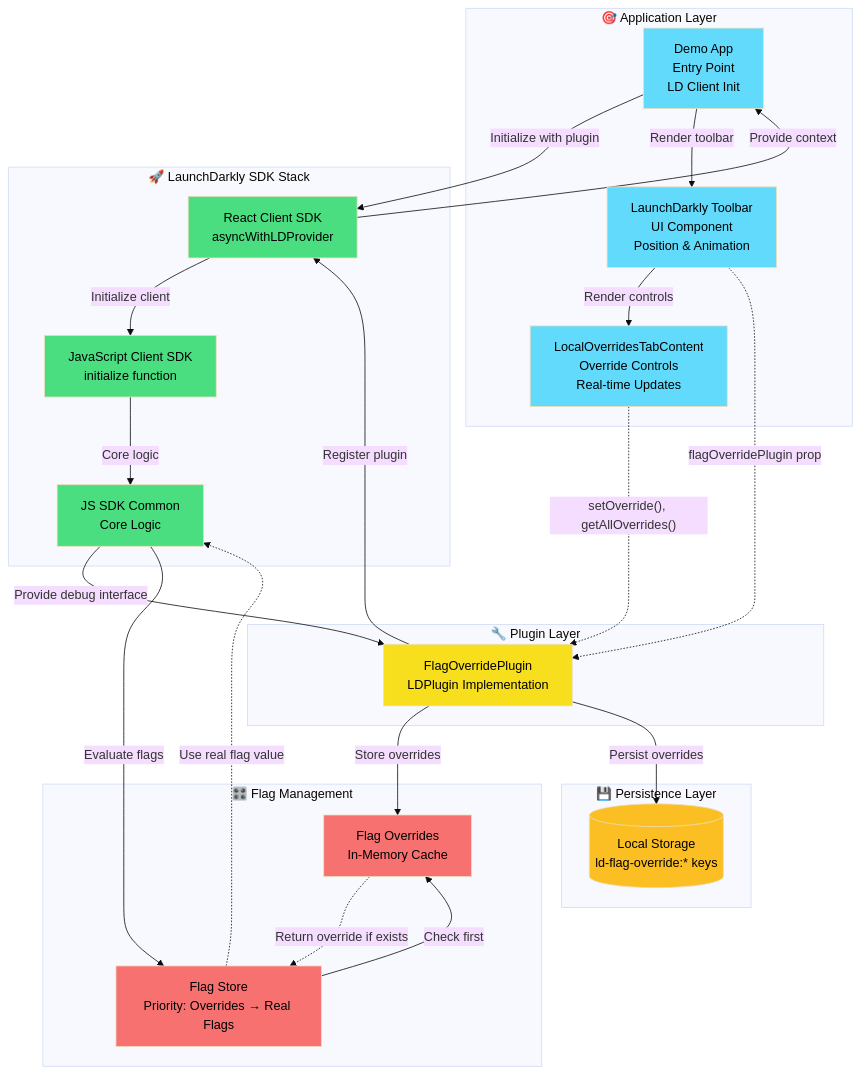
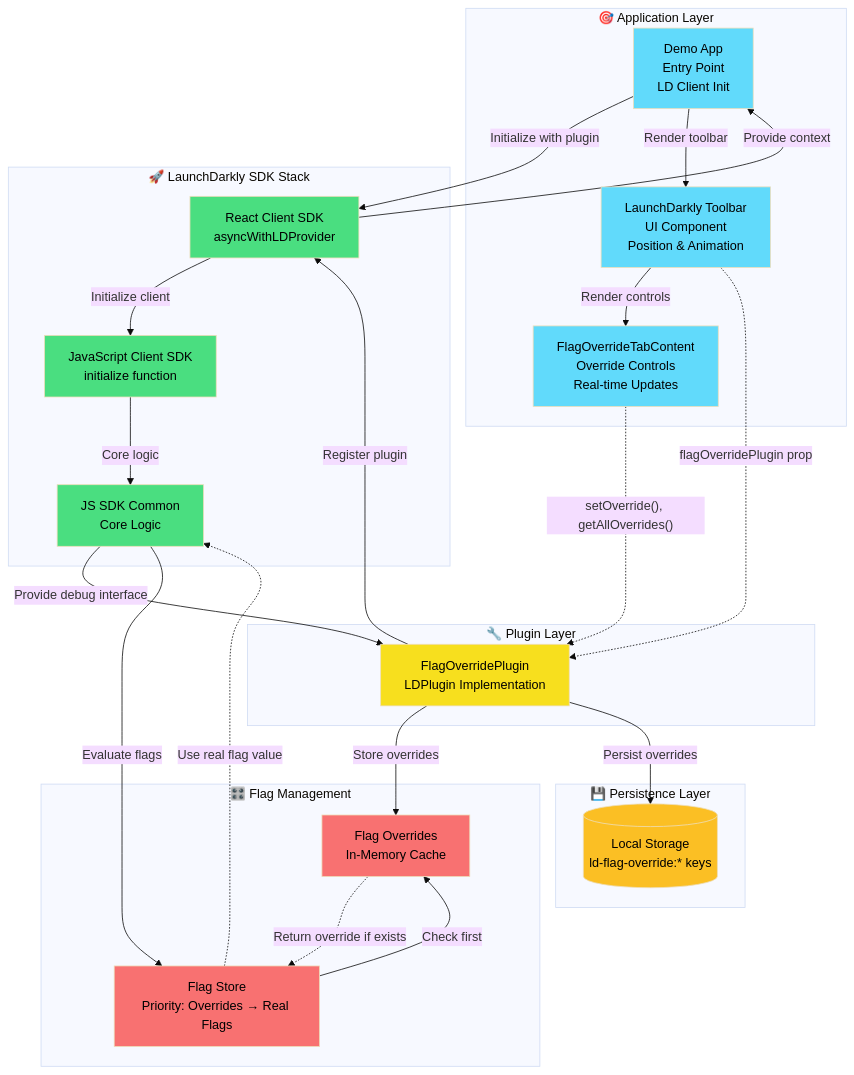
One commit to launchdarkly/launchdarkly-toolbar changed the diagram in docs/plugin-architecture.mermaid. Above: the diagram before and after it, drawn with Mermaid (base theme). The commit also changed 7 other files, not shown here.

Commit message:
Update flag override terminology in codebase

```diff
--- a/docs/plugin-architecture.mermaid
+++ b/docs/plugin-architecture.mermaid
@@ -1,73 +1,73 @@
 graph TB
     %% Main Components
     subgraph "🎯 Application Layer"
         App[Demo App<br/>Entry Point<br/>LD Client Init]
         Toolbar[LaunchDarkly Toolbar<br/>UI Component<br/>Position & Animation]
-        TabContent[LocalOverridesTabContent<br/>Override Controls<br/>Real-time Updates]
+        TabContent[FlagOverrideTabContent<br/>Override Controls<br/>Real-time Updates]
     end
 
     subgraph "🔧 Plugin Layer"
         FlagOverridePlugin[FlagOverridePlugin<br/>LDPlugin Implementation]
     end
 
     subgraph "🚀 LaunchDarkly SDK Stack"
         ReactSDK[React Client SDK<br/>asyncWithLDProvider]
         JSSDK[JavaScript Client SDK<br/>initialize function]
         CommonSDK[JS SDK Common<br/>Core Logic]
     end
 
     subgraph "🎛️ Flag Management"
         FlagStore[Flag Store<br/>Priority: Overrides → Real Flags]
         OverrideStore[Flag Overrides<br/>In-Memory Cache]
     end
 
     subgraph "💾 Persistence Layer"
         LocalStorage[(Local Storage<br/>ld-flag-override:* keys)]
     end
 
 
 
     %% 🔄 Plugin Registration & Initialization
     App -->|Initialize with plugin| ReactSDK
     ReactSDK -->|Initialize client| JSSDK
     JSSDK -->|Core logic| CommonSDK
     FlagOverridePlugin -->|Register plugin| ReactSDK
 
     %% 🔧 Debug Interface Handshake
     CommonSDK -->|Provide debug interface| FlagOverridePlugin
     FlagOverridePlugin -->|Store overrides| OverrideStore
 
     %% 🎨 Client Flow (JS SDK)
     ReactSDK -->|Provide context| App
     App -->|Render toolbar| Toolbar
     Toolbar -->|Render controls| TabContent
 
     %% ⚡ Direct Plugin Integration
     Toolbar -.->|flagOverridePlugin prop| FlagOverridePlugin
     TabContent -.->|"setOverride(), getAllOverrides()"| FlagOverridePlugin
 
 
 
     %% 💾 Storage Management
     FlagOverridePlugin -->|Persist overrides| LocalStorage
 
     %% 🎯 Flag Evaluation Priority
     CommonSDK -->|Evaluate flags| FlagStore
     FlagStore -->|Check first| OverrideStore
     OverrideStore -.->|Return override if exists| FlagStore
     FlagStore -.->|Use real flag value| CommonSDK
 
 
 
     %% Styling
     classDef app fill:#61dafb,color:black
     classDef plugin fill:#f7df1e,color:black
     classDef sdk fill:#4ade80,color:black
     classDef storage fill:#fbbf24,color:black
     classDef flags fill:#f87171,color:black
 
     class App,Toolbar,TabContent app
     class FlagOverridePlugin plugin
     class ReactSDK,JSSDK,CommonSDK sdk
     class FlagStore,OverrideStore flags
     class LocalStorage storage
```
